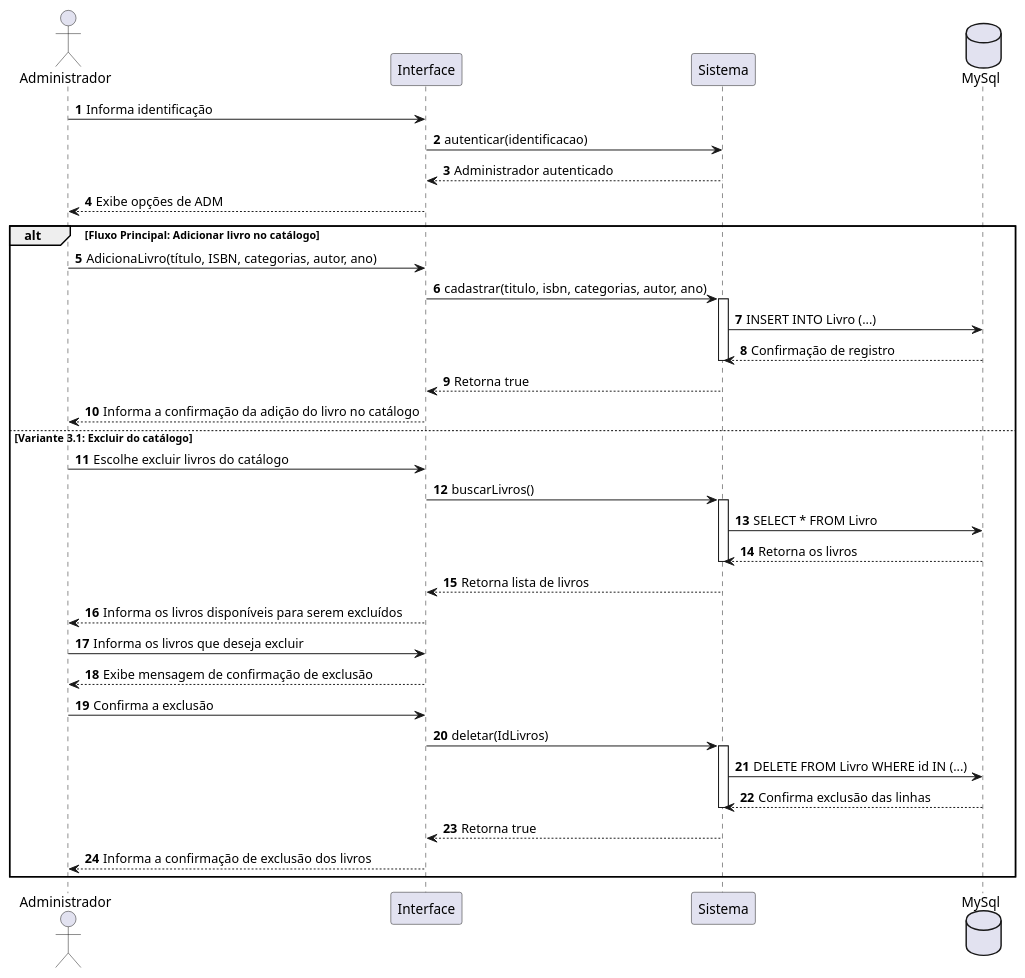
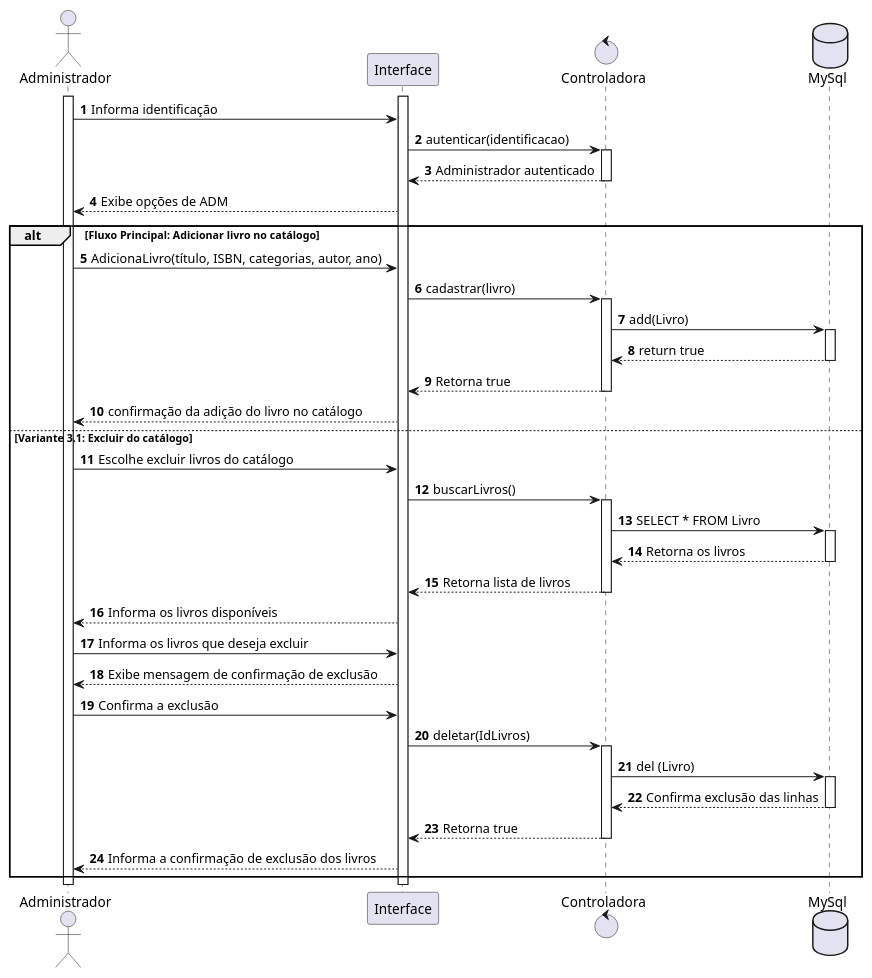
One commit to Gnunes27/Projeto-DSC changed the sixth of 8 diagrams in Documentação/Diagramas/Diagramas de Sequencia/Script Diagramas de Sequencia.md. Above: the diagram before and after it, drawn with PlantUML. The commit also changed other lines of this file, not shown here.

Commit message:
Refatorando diagramas de sequência e atualizando interações

````diff
--- a/Documentação/Diagramas/Diagramas de Sequencia/Script Diagramas de Sequencia.md
+++ b/Documentação/Diagramas/Diagramas de Sequencia/Script Diagramas de Sequencia.md
@@ -244,52 +298,65 @@
 ```plantuml
 @startuml
 autonumber
 
 actor "Administrador" as Adm
 participant "Interface" as Tela
-participant "Sistema" as Sis
+control "Controladora" as Sis
 database "MySql" as BD
+
+activate Adm
+activate Tela
 
 Adm -> Tela: Informa identificação
 Tela -> Sis: autenticar(identificacao)
+activate Sis
 Sis --> Tela: Administrador autenticado
+deactivate Sis
 Tela --> Adm: Exibe opções de ADM
 
 alt Fluxo Principal: Adicionar livro no catálogo
     Adm -> Tela: AdicionaLivro(título, ISBN, categorias, autor, ano)
-    Tela -> Sis: cadastrar(titulo, isbn, categorias, autor, ano)
+    Tela -> Sis: cadastrar(livro)
     activate Sis
-    Sis -> BD: INSERT INTO Livro (...)
-    BD --> Sis: Confirmação de registro
+    Sis -> BD: add(Livro)
+    activate BD
+    BD --> Sis: return true
+    deactivate BD
+    
+    Sis --> Tela: Retorna true
     deactivate Sis
-    Sis --> Tela: Retorna true
-    
-    Tela --> Adm: Informa a confirmação da adição do livro no catálogo
+
+    Tela --> Adm: confirmação da adição do livro no catálogo
 
 else Variante 3.1: Excluir do catálogo
     Adm -> Tela: Escolhe excluir livros do catálogo
     Tela -> Sis: buscarLivros()
     activate Sis
+
     Sis -> BD: SELECT * FROM Livro
+    activate BD
     BD --> Sis: Retorna os livros
-    deactivate Sis
+    deactivate BD
+   
     Sis --> Tela: Retorna lista de livros
-    
-    Tela --> Adm: Informa os livros disponíveis para serem excluídos
+     deactivate Sis
+    Tela --> Adm: Informa os livros disponíveis
     
     Adm -> Tela: Informa os livros que deseja excluir
     Tela --> Adm: Exibe mensagem de confirmação de exclusão
     
     Adm -> Tela: Confirma a exclusão
     Tela -> Sis: deletar(IdLivros)
     activate Sis
-    Sis -> BD: DELETE FROM Livro WHERE id IN (...)
+    Sis -> BD: del (Livro)
+    activate BD
     BD --> Sis: Confirma exclusão das linhas
+    deactivate BD
+    Sis --> Tela: Retorna true
     deactivate Sis
-    
-    Sis --> Tela: Retorna true
     Tela --> Adm: Informa a confirmação de exclusão dos livros
 end
 
 @enduml
+
 ```
````
